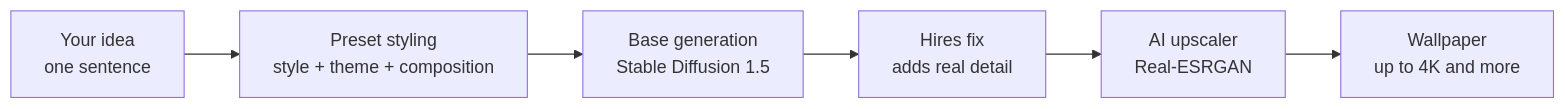
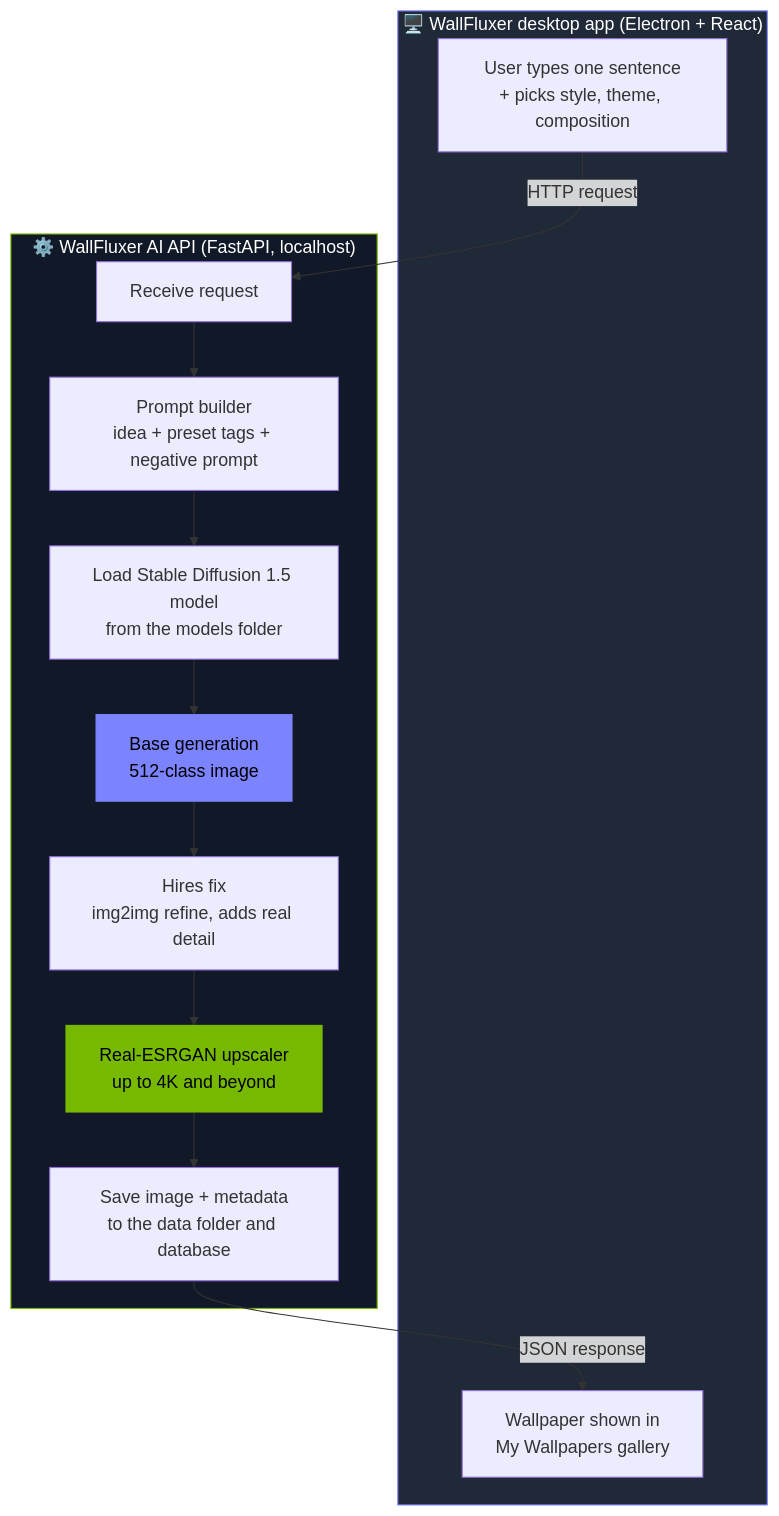
The diagram in README.md (sidharth2000/WallFluxerAI), drawn with Mermaid before and after one commit. The commit also changed other lines of this file, not shown here.

````diff
--- a/README.md
+++ b/README.md
@@ -131,8 +22,26 @@
 ```mermaid
-flowchart LR
-    A["Your idea<br/>one sentence"] --> B["Preset styling<br/>style + theme + composition"]
-    B --> C["Base generation<br/>Stable Diffusion 1.5"]
-    C --> D["Hires fix<br/>adds real detail"]
-    D --> E["AI upscaler<br/>Real-ESRGAN"]
-    E --> F["Wallpaper<br/>up to 4K and more"]
+flowchart TD
+    subgraph CLIENT["🖥️ WallFluxer desktop app (Electron + React)"]
+        A["User types one sentence<br/>+ picks style, theme, composition"]
+        Z["Wallpaper shown in<br/>My Wallpapers gallery"]
+    end
+
+    subgraph API["⚙️ WallFluxer AI API (FastAPI, localhost)"]
+        B["Receive request"]
+        C["Prompt builder<br/>idea + preset tags + negative prompt"]
+        D["Load Stable Diffusion 1.5 model<br/>from the models folder"]
+        E["Base generation<br/>512-class image"]
+        F["Hires fix<br/>img2img refine, adds real detail"]
+        G["Real-ESRGAN upscaler<br/>up to 4K and beyond"]
+        H["Save image + metadata<br/>to the data folder and database"]
+    end
+
+    A -- "HTTP request" --> B
+    B --> C --> D --> E --> F --> G --> H
+    H -- "JSON response" --> Z
+
+    style CLIENT fill:#1f2937,stroke:#7c83ff,color:#ffffff
+    style API fill:#111827,stroke:#76B900,color:#ffffff
+    style G fill:#76B900,stroke:#76B900,color:#000000
+    style E fill:#7c83ff,stroke:#7c83ff,color:#000000
 ```
````
